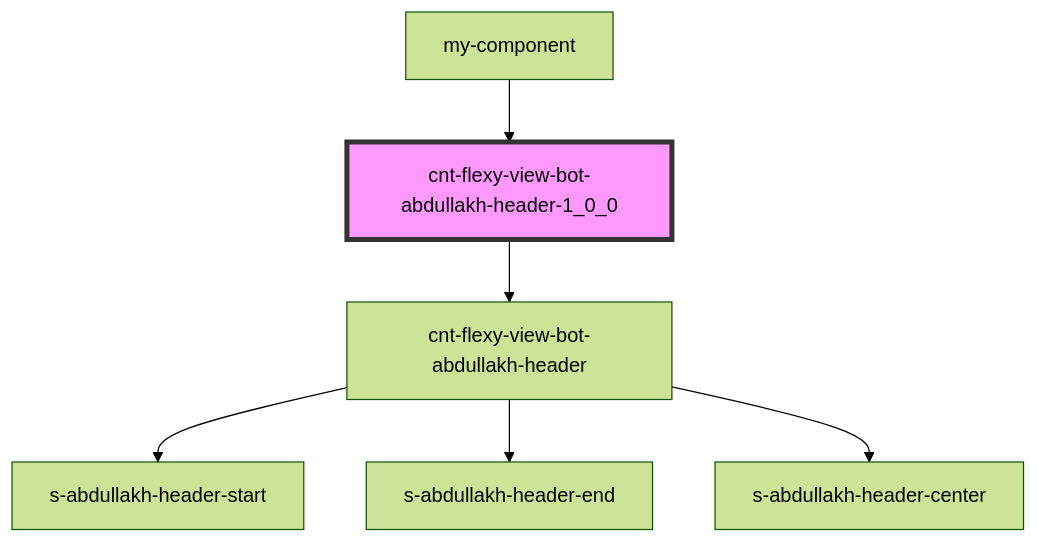
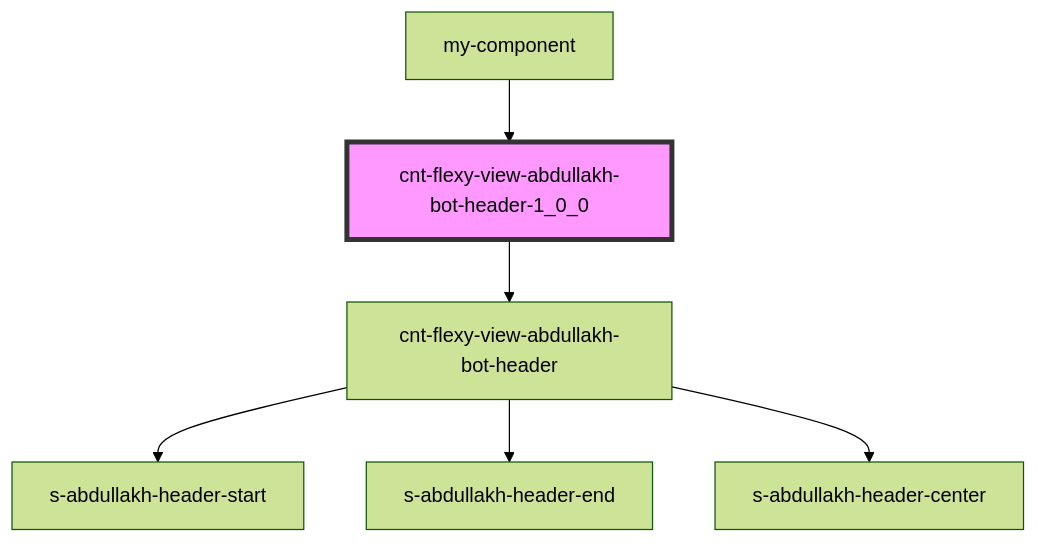
One commit to Wokh-Dada/botdevelopmentapp changed the diagram in src/components/cnt-flexy-view-abdullakh-bot-header-1_0_0/readme.md. Above: the diagram before and after it, drawn with Mermaid (forest theme). The commit also changed other lines of this file and 24 other files, not shown here.

````diff
--- a/src/components/cnt-flexy-view-abdullakh-bot-header-1_0_0/readme.md
+++ b/src/components/cnt-flexy-view-abdullakh-bot-header-1_0_0/readme.md
@@ -26,9 +27,9 @@
 ```mermaid
 graph TD;
-  cnt-flexy-view-bot-abdullakh-header-1_0_0 --> cnt-flexy-view-bot-abdullakh-header
-  cnt-flexy-view-bot-abdullakh-header --> s-abdullakh-header-start
-  cnt-flexy-view-bot-abdullakh-header --> s-abdullakh-header-end
-  cnt-flexy-view-bot-abdullakh-header --> s-abdullakh-header-center
-  my-component --> cnt-flexy-view-bot-abdullakh-header-1_0_0
-  style cnt-flexy-view-bot-abdullakh-header-1_0_0 fill:#f9f,stroke:#333,stroke-width:4px
+  cnt-flexy-view-abdullakh-bot-header-1_0_0 --> cnt-flexy-view-abdullakh-bot-header
+  cnt-flexy-view-abdullakh-bot-header --> s-abdullakh-header-start
+  cnt-flexy-view-abdullakh-bot-header --> s-abdullakh-header-end
+  cnt-flexy-view-abdullakh-bot-header --> s-abdullakh-header-center
+  my-component --> cnt-flexy-view-abdullakh-bot-header-1_0_0
+  style cnt-flexy-view-abdullakh-bot-header-1_0_0 fill:#f9f,stroke:#333,stroke-width:4px
 ```
````
